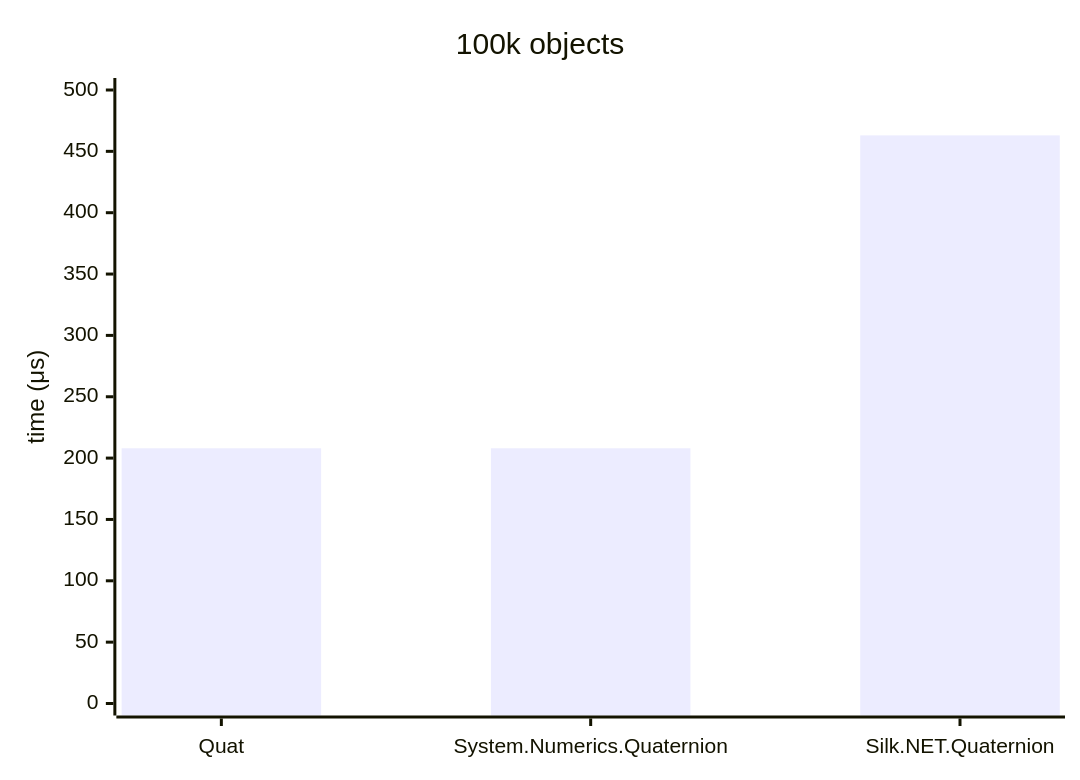
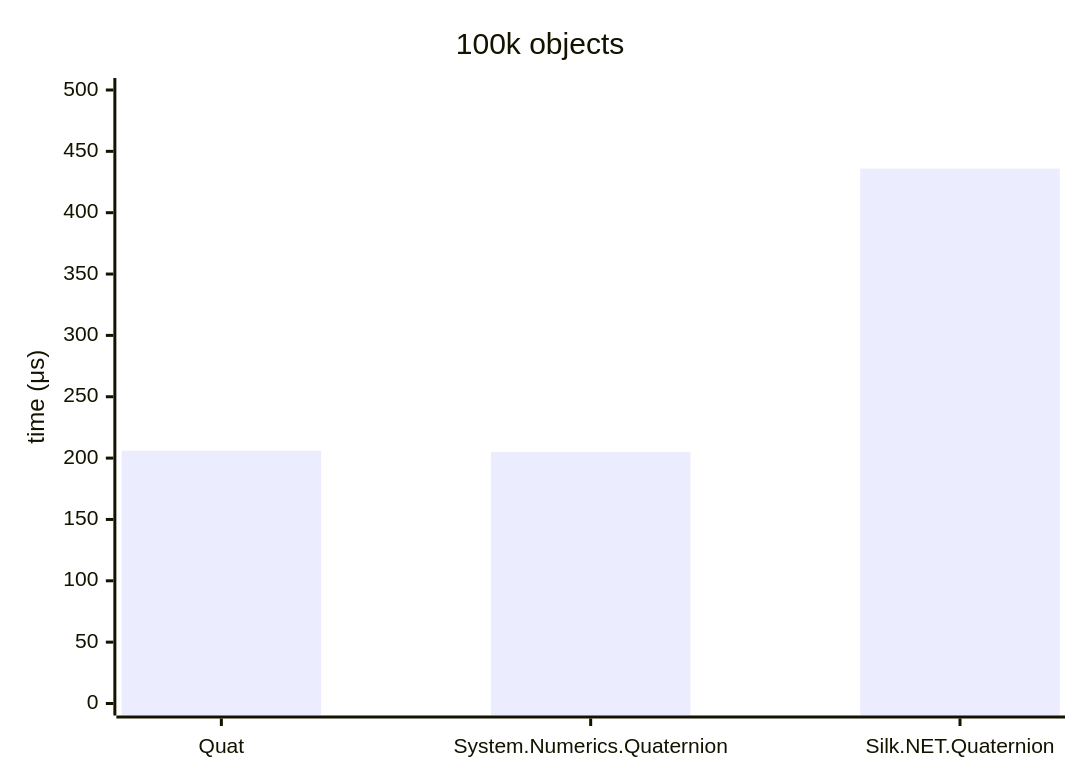
One commit to malstraem/generic-simd-numerics changed the second of 6 diagrams in reports/quat-f32.md. Above: the diagram before and after it, drawn with Mermaid. The commit also changed other lines of this file and 178 other files, not shown here.

````diff
--- a/reports/quat-f32.md
+++ b/reports/quat-f32.md
@@ -221,7 +226,7 @@
 ```mermaid
 xychart
     title "100k objects"
     x-axis [Quat, System.Numerics.Quaternion, Silk.NET.Quaternion]
     y-axis "time (μs)" 0 --> 500
-    bar [208, 208, 463]
+    bar [206, 205, 436]
 ```
````
